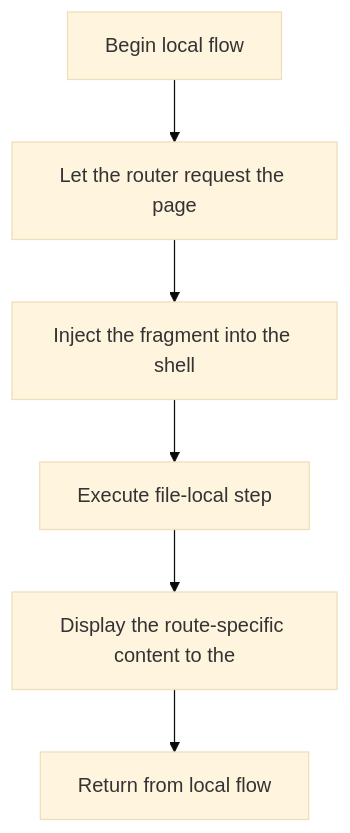
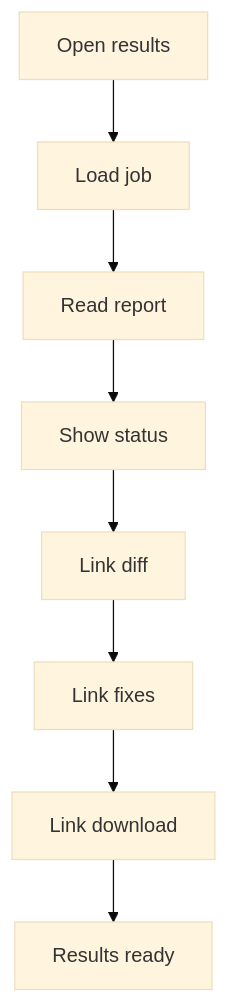
The diagram in docs/Codebase/Frontend/pages/results.html.md (JohnAndrewBalbarosa/NeoTerritory), drawn with Mermaid (base theme) before and after one commit. The commit also changed other lines of this file and 21 other files, not shown here.

````diff
--- a/docs/Codebase/Frontend/pages/results.html.md
+++ b/docs/Codebase/Frontend/pages/results.html.md
@@ -21,14 +21,18 @@
 ```mermaid
 flowchart TD
-    Start["Begin local flow"]
-    N0["Let the router request the page"]
-    N1["Inject the fragment into the shell"]
-    N2["Execute file-local step"]
-    N3["Display the route-specific content to the"]
-    End["Return from local flow"]
+    Start["Open results"]
+    N0["Load job"]
+    N1["Read report"]
+    N2["Show status"]
+    N3["Link diff"]
+    N4["Link fixes"]
+    N5["Link download"]
+    End["Results ready"]
     Start --> N0
     N0 --> N1
     N1 --> N2
     N2 --> N3
-    N3 --> End
+    N3 --> N4
+    N4 --> N5
+    N5 --> End
 ```
````
